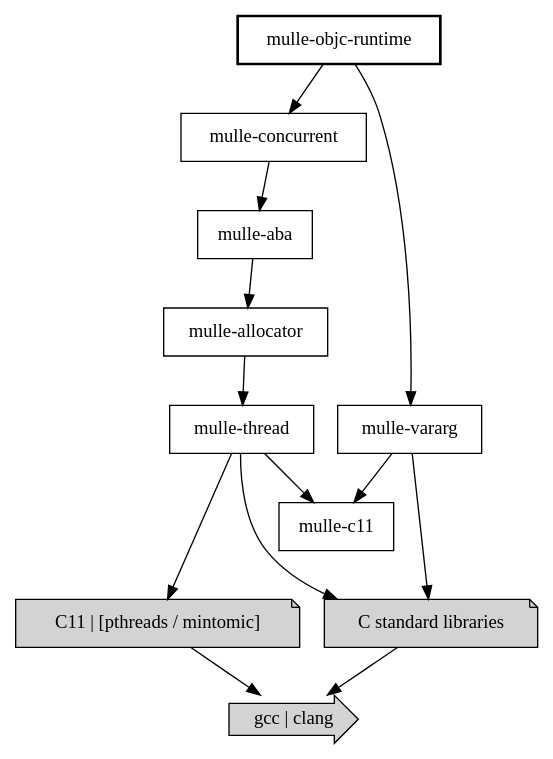
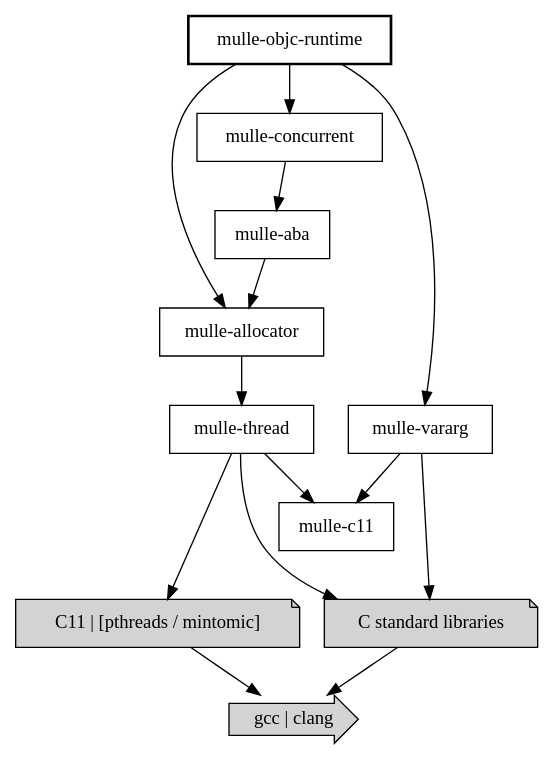
The diagram in dox/mulle-objc-runtime-dependencies.dot (mulle-objc/mulle-objc-runtime), drawn with Graphviz before and after one commit. The commit also changed 3 other files, not shown here.

```diff
--- a/dox/mulle-objc-runtime-dependencies.dot
+++ b/dox/mulle-objc-runtime-dependencies.dot
@@ -1,41 +1,42 @@
 digraph settings
 {
    node [shape=record];
 
    "mulle-c11"
    "mulle-aba"
    "mulle-allocator"
    "mulle-concurrent"
    "mulle-thread"
    "mulle-vararg"
 
 
    "mulle-objc-runtime" [ penwidth=2 ]
 
    { rank = same; "gcc | clang "}
    { rank = same; "mulle-c11" } ->
    { rank = same; "C11 | [pthreads / mintomic]"; "C standard libraries" } [ style="invis"]
+   { rank = same; "mulle-allocator" }
    { rank = same; "mulle-thread"; "mulle-vararg" }
-   { rank = same; "mulle-allocator" }
    { rank = same; "mulle-aba" }
    { rank = same; "mulle-concurrent" }
 
    "gcc | clang "                 [ style=filled fillcolor="lightgray" shape="rarrow" ];
    "C11 | [pthreads / mintomic]"  [ style=filled fillcolor="lightgray" color = "black" fontcolor = "black" shape = "note" ];
    "C standard libraries"         [ style=filled fillcolor="lightgray" color = "black" fontcolor = "black" shape = "note" ];
 
    "mulle-thread" -> "C11 | [pthreads / mintomic]";
    "mulle-thread" -> "C standard libraries";
    "mulle-thread" -> "mulle-c11";
    "mulle-vararg" -> "mulle-c11";
    "mulle-vararg" -> "C standard libraries";
 
    "C11 | [pthreads / mintomic]" -> "gcc | clang ";
    "C standard libraries" -> "gcc | clang ";
 
    "mulle-allocator"    -> "mulle-thread";
    "mulle-concurrent"   -> "mulle-aba";
  	"mulle-aba"          -> "mulle-allocator";
+   "mulle-objc-runtime" -> "mulle-allocator";
    "mulle-objc-runtime" -> "mulle-vararg";
    "mulle-objc-runtime" -> "mulle-concurrent";
 }
```
